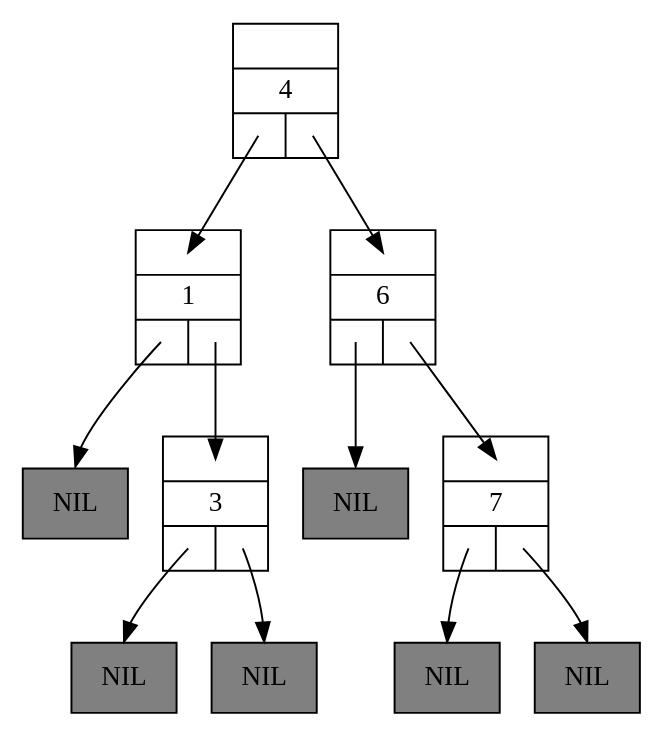
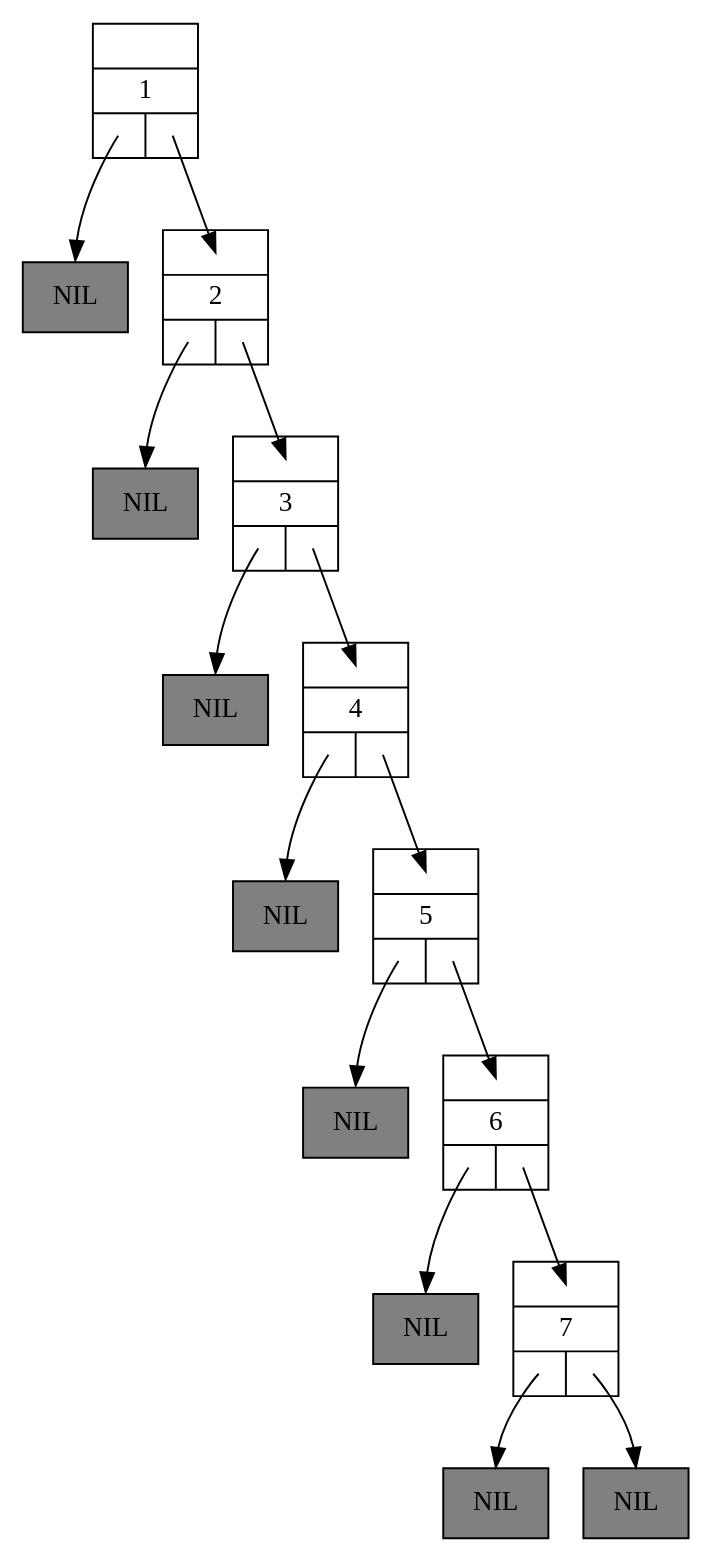
The diagram in cmake-build-debug/Tree-3.dot (Bjornieee/Algo3_TP5), drawn with Graphviz before and after one commit. The commit also changed 58 other files, not shown here.

```diff
--- a/cmake-build-debug/Tree-3.dot
+++ b/cmake-build-debug/Tree-3.dot
@@ -1,27 +1,35 @@
 digraph BinarySearchTree2 {
 	graph [ranksep=0.5];
 	node [shape = record];
 
 	n1 [label="{{<parent>}|1|{<left>|<right>}}"];
 	lnil1 [style=filled, fillcolor=grey, label="NIL"];
 	n1:left:c -> lnil1:n [headclip=false, tailclip=false]
-	n1:right:c -> n3:parent:c [headclip=false, tailclip=false]
+	n1:right:c -> n2:parent:c [headclip=false, tailclip=false]
+	n2 [label="{{<parent>}|2|{<left>|<right>}}"];
+	lnil2 [style=filled, fillcolor=grey, label="NIL"];
+	n2:left:c -> lnil2:n [headclip=false, tailclip=false]
+	n2:right:c -> n3:parent:c [headclip=false, tailclip=false]
 	n3 [label="{{<parent>}|3|{<left>|<right>}}"];
 	lnil3 [style=filled, fillcolor=grey, label="NIL"];
 	n3:left:c -> lnil3:n [headclip=false, tailclip=false]
-	rnil3 [style=filled, fillcolor=grey, label="NIL"];
-	n3:right:c -> rnil3:n [headclip=false, tailclip=false]
+	n3:right:c -> n4:parent:c [headclip=false, tailclip=false]
 	n4 [label="{{<parent>}|4|{<left>|<right>}}"];
-	n4:left:c -> n1:parent:c [headclip=false, tailclip=false]
-	n4:right:c -> n6:parent:c [headclip=false, tailclip=false]
+	lnil4 [style=filled, fillcolor=grey, label="NIL"];
+	n4:left:c -> lnil4:n [headclip=false, tailclip=false]
+	n4:right:c -> n5:parent:c [headclip=false, tailclip=false]
+	n5 [label="{{<parent>}|5|{<left>|<right>}}"];
+	lnil5 [style=filled, fillcolor=grey, label="NIL"];
+	n5:left:c -> lnil5:n [headclip=false, tailclip=false]
+	n5:right:c -> n6:parent:c [headclip=false, tailclip=false]
 	n6 [label="{{<parent>}|6|{<left>|<right>}}"];
 	lnil6 [style=filled, fillcolor=grey, label="NIL"];
 	n6:left:c -> lnil6:n [headclip=false, tailclip=false]
 	n6:right:c -> n7:parent:c [headclip=false, tailclip=false]
 	n7 [label="{{<parent>}|7|{<left>|<right>}}"];
 	lnil7 [style=filled, fillcolor=grey, label="NIL"];
 	n7:left:c -> lnil7:n [headclip=false, tailclip=false]
 	rnil7 [style=filled, fillcolor=grey, label="NIL"];
 	n7:right:c -> rnil7:n [headclip=false, tailclip=false]
 
 }
```
